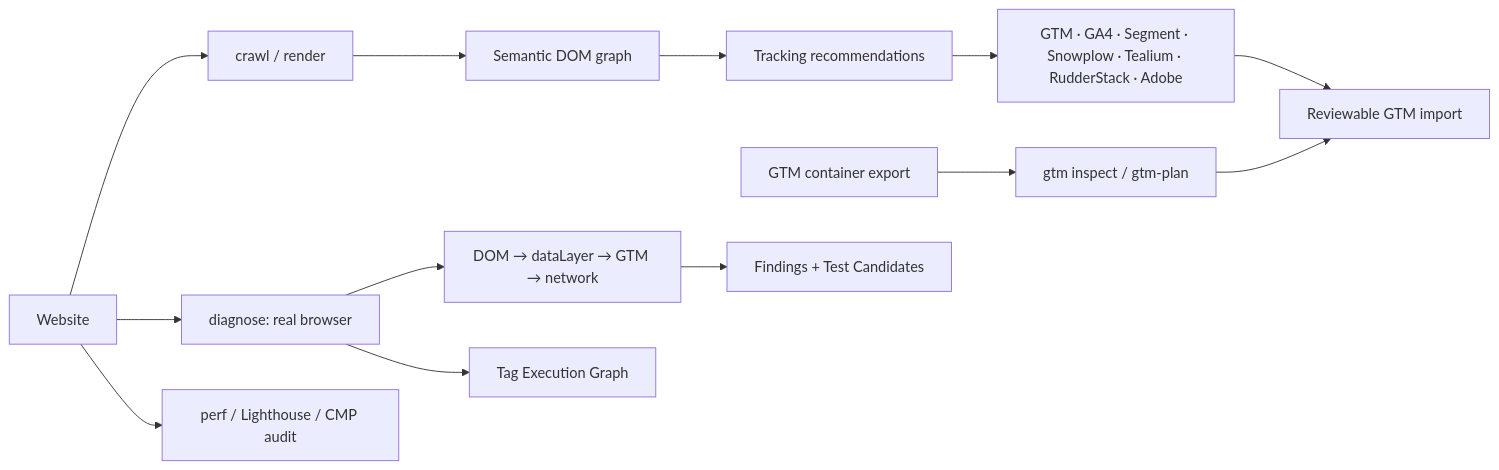
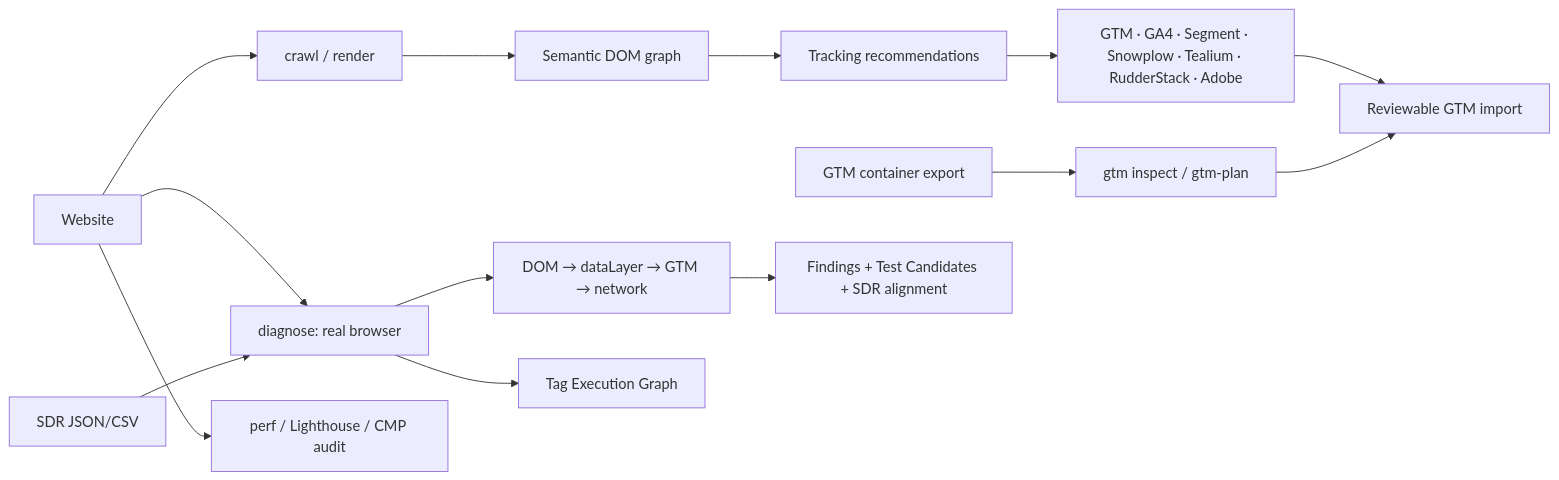
The diagram in README.md (Mullassery/PyTagManager), drawn with Mermaid before and after one commit. The commit also changed other lines of this file and 48 other files, not shown here.

First line of the commit message:
feat: add SDR validation and Squid findings contract

````diff
--- a/README.md
+++ b/README.md
@@ -162,15 +185,16 @@
 ```mermaid
 flowchart LR
     GTM[GTM container export] --> INSPECT[gtm inspect / gtm-plan]
     SITE[Website] --> CRAWL[crawl / render]
     CRAWL --> GRAPH[Semantic DOM graph]
     GRAPH --> REC[Tracking recommendations]
     REC --> EXPORT[GTM · GA4 · Segment · Snowplow · Tealium · RudderStack · Adobe]
     SITE --> DIAG[diagnose: real browser]
+    SDR[SDR JSON/CSV] --> DIAG
     DIAG --> CORR[DOM → dataLayer → GTM → network]
-    CORR --> FIND[Findings + Test Candidates]
+    CORR --> FIND[Findings + Test Candidates + SDR alignment]
     DIAG --> TAGGRAPH[Tag Execution Graph]
     SITE --> PERF[perf / Lighthouse / CMP audit]
     EXPORT --> REVIEW[Reviewable GTM import]
     INSPECT --> REVIEW
 ```
````
